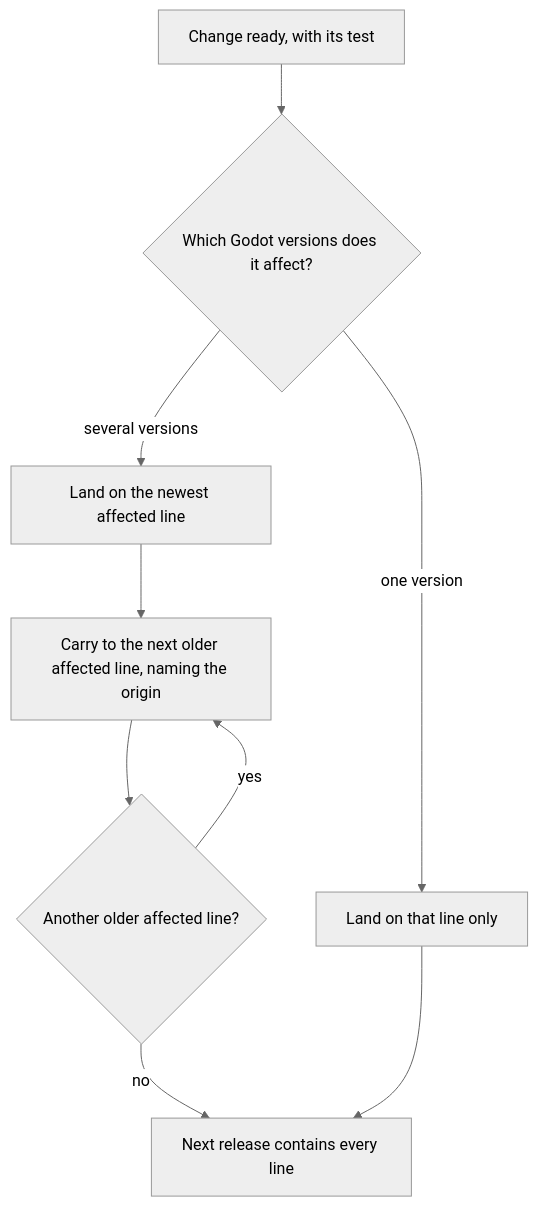
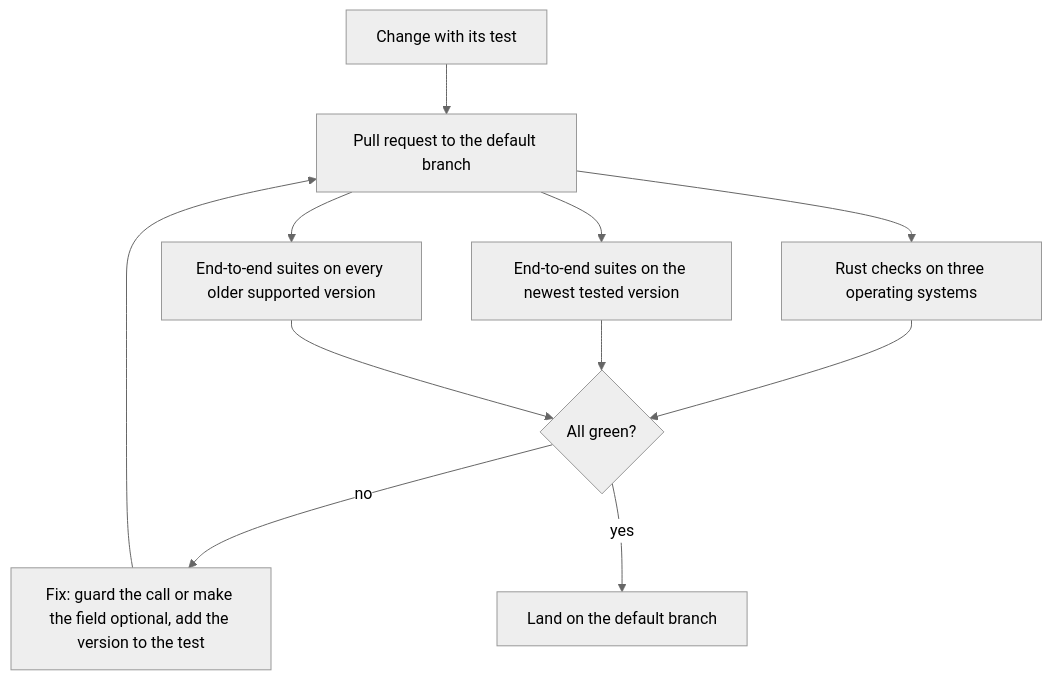
One commit to theromis/godot-mcp changed the first of 2 diagrams in .design/main/specifications/l1-release-lines.md. Above: the diagram before and after it, drawn with Mermaid (neutral theme). The commit also changed other lines of this file and 47 other files, not shown here.

First line of the commit message:
build: one build for every Godot version, made from master (#176)

````diff
--- a/.design/main/specifications/l1-release-lines.md
+++ b/.design/main/specifications/l1-release-lines.md
@@ -68,11 +71,13 @@
 ```mermaid
 graph TD
-    A[Change ready, with its test] --> B{Which Godot versions does it affect?}
-    B -->|one version| C[Land on that line only]
-    B -->|several versions| D[Land on the newest affected line]
-    D --> E[Carry to the next older affected line, naming the origin]
-    E --> F{Another older affected line?}
-    F -->|yes| E
-    F -->|no| G[Next release contains every line]
-    C --> G
+    A[Change with its test] --> B[Pull request to the default branch]
+    B --> C[Rust checks on three operating systems]
+    B --> D[End-to-end suites on the newest tested version]
+    B --> E[End-to-end suites on every older supported version]
+    C --> F{All green?}
+    D --> F
+    E --> F
+    F -->|no| G[Fix: guard the call or make the field optional, add the version to the test]
+    G --> B
+    F -->|yes| H[Land on the default branch]
 ```
````
